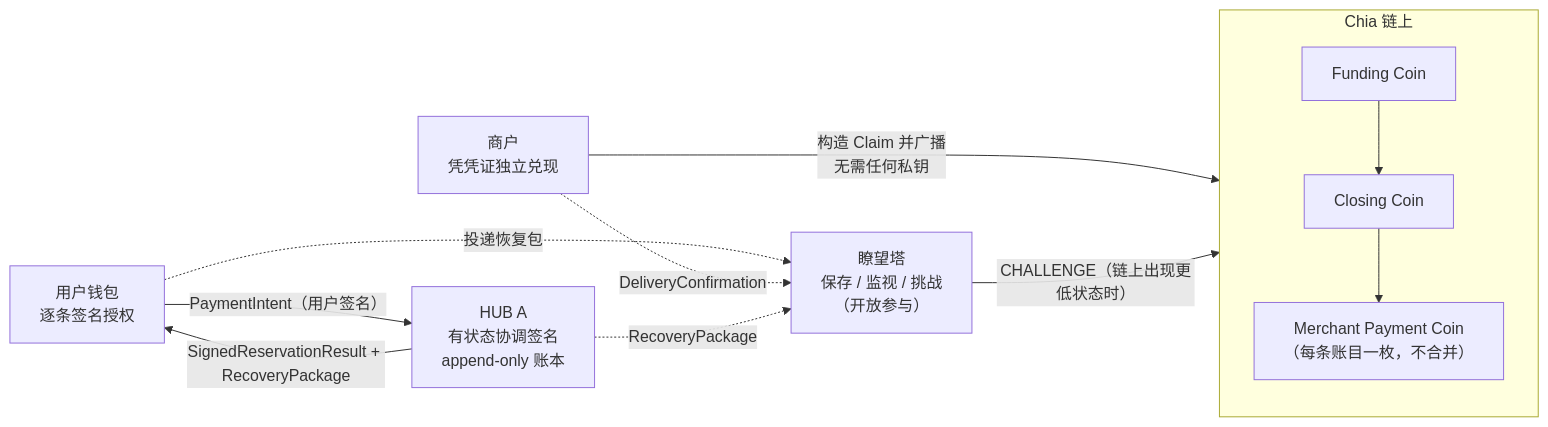
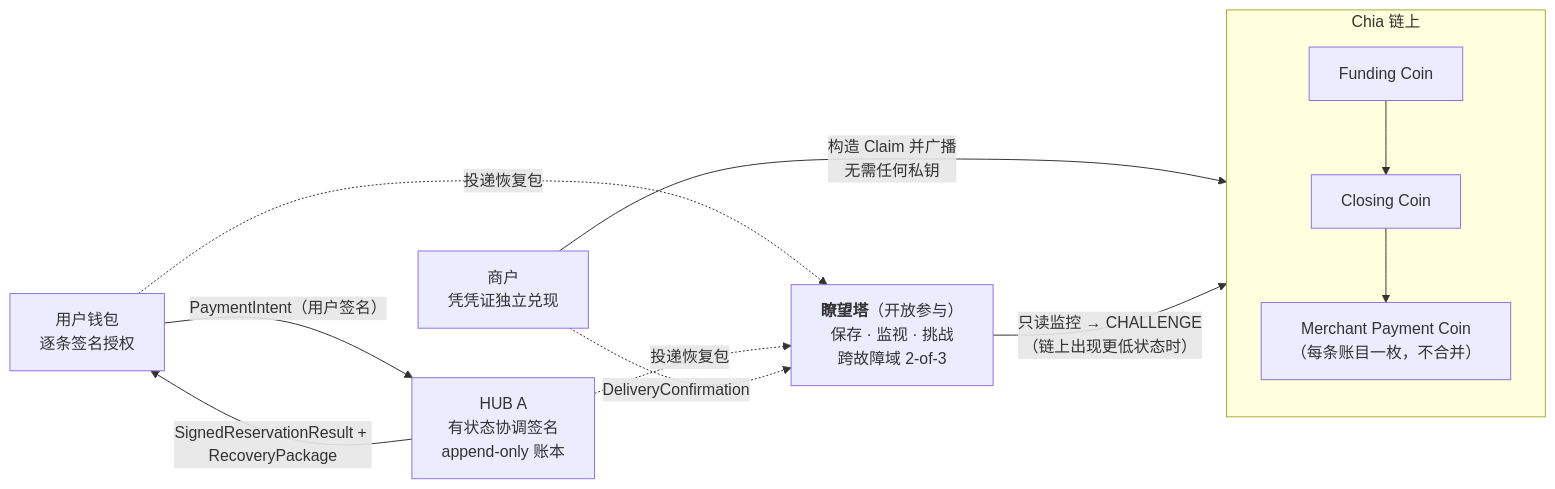
One commit to nifengttz/XHUB changed the first of 2 diagrams in README.md. Above: the diagram before and after it, drawn with Mermaid. The commit also changed other lines of this file, not shown here.

````diff
--- a/README.md
+++ b/README.md
@@ -49,20 +49,20 @@
 ```mermaid
 graph LR
     U["用户钱包<br/>逐条签名授权"]
     H["HUB A<br/>有状态协调签名<br/>append-only 账本"]
-    W["瞭望塔<br/>保存 / 监视 / 挑战<br/>（开放参与）"]
     M["商户<br/>凭凭证独立兑现"]
+    W["<b>瞭望塔</b>（开放参与）<br/>保存 · 监视 · 挑战<br/>跨故障域 2-of-3"]
 
     U -- "PaymentIntent（用户签名）" --> H
     H -- "SignedReservationResult + RecoveryPackage" --> U
     U -. "投递恢复包" .-> W
+    H -. "投递恢复包" .-> W
     M -. "DeliveryConfirmation" .-> W
-    H -. "RecoveryPackage" .-> W
 
     subgraph C[Chia 链上]
       F["Funding Coin"] --> CL["Closing Coin"] --> P["Merchant Payment Coin<br/>（每条账目一枚，不合并）"]
     end
 
     M -- "构造 Claim 并广播<br/>无需任何私钥" --> C
-    W -- "CHALLENGE（链上出现更低状态时）" --> C
+    W -- "只读监控 → CHALLENGE<br/>（链上出现更低状态时）" --> C
 ```
````
